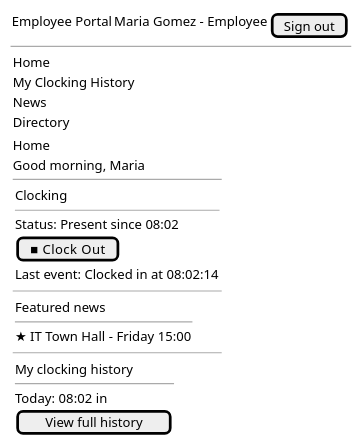
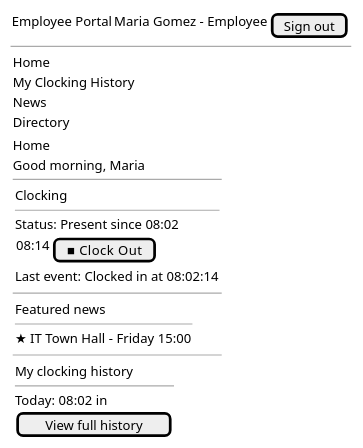
Before and after one commit to banense-test/employee-portal: diagram 23 of 24 in docs/artifacts/analysis---design/design-model.md, drawn with PlantUML. The commit also changed other lines of this file, not shown here.

````diff
--- a/docs/artifacts/analysis---design/design-model.md
+++ b/docs/artifacts/analysis---design/design-model.md
@@ -2107,33 +2108,33 @@
 ```plantuml
 @startsalt
 {
 {Employee Portal | Maria Gomez - Employee | [Sign out]}
 --
 {
 {Home
 My Clocking History
 News
 Directory}
 |
 {Home
 Good morning, Maria
 --
 {{Clocking
 --
 Status: Present since 08:02
-[■ Clock Out]
+{08:14 | [■ Clock Out]}
 Last event: Clocked in at 08:02:14}}
 --
 {{Featured news
 --
 ★ IT Town Hall - Friday 15:00}}
 --
 {{My clocking history
 --
 Today: 08:02 in
 [View full history]}}
 }
 }
 }
 @endsalt
 ```
````
